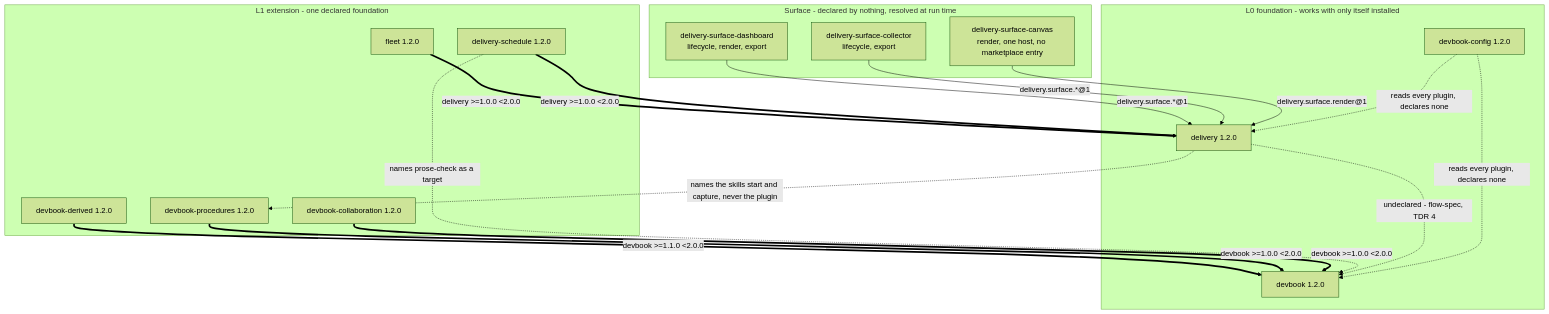
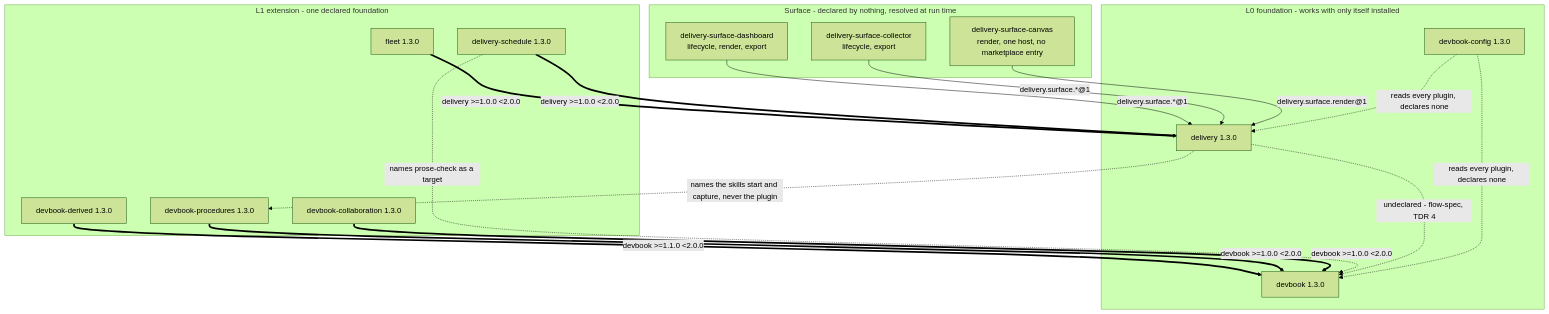
Before and after one commit to JSdotNet/devbook: the first of 3 diagrams in .devbook/arc42/05-building-block-view.md, drawn with Mermaid (forest theme). The commit also changed 24 other files, not shown here.

````diff
--- a/.devbook/arc42/05-building-block-view.md
+++ b/.devbook/arc42/05-building-block-view.md
@@ -28,38 +28,38 @@
 ```mermaid
 flowchart TB
     subgraph L0["L0 foundation - works with only itself installed"]
-        DEV["devbook 1.2.0"]
-        DEL["delivery 1.2.0"]
-        CFG["devbook-config 1.2.0"]
+        DEV["devbook 1.3.0"]
+        DEL["delivery 1.3.0"]
+        CFG["devbook-config 1.3.0"]
     end
 
     subgraph L1["L1 extension - one declared foundation"]
-        DBD["devbook-derived 1.2.0"]
-        DPR["devbook-procedures 1.2.0"]
-        DBC["devbook-collaboration 1.2.0"]
-        FLT["fleet 1.2.0"]
-        SCH["delivery-schedule 1.2.0"]
+        DBD["devbook-derived 1.3.0"]
+        DPR["devbook-procedures 1.3.0"]
+        DBC["devbook-collaboration 1.3.0"]
+        FLT["fleet 1.3.0"]
+        SCH["delivery-schedule 1.3.0"]
     end
 
     subgraph SURF["Surface - declared by nothing, resolved at run time"]
         SD["delivery-surface-dashboard<br/>lifecycle, render, export"]
         SL["delivery-surface-collector<br/>lifecycle, export"]
         SC["delivery-surface-canvas<br/>render, one host, no marketplace entry"]
     end
 
     DBD ==>|"devbook >=1.1.0 &lt;2.0.0"| DEV
     DPR ==>|"devbook >=1.0.0 &lt;2.0.0"| DEV
     DBC ==>|"devbook >=1.0.0 &lt;2.0.0"| DEV
     FLT ==>|"delivery >=1.0.0 &lt;2.0.0"| DEL
     SCH ==>|"delivery >=1.0.0 &lt;2.0.0"| DEL
 
     SD -->|"delivery.surface.*@1"| DEL
     SL -->|"delivery.surface.*@1"| DEL
     SC -->|"delivery.surface.render@1"| DEL
 
     SCH -.->|"names prose-check as a target"| DEV
     DEL -.->|"undeclared - flow-spec, TDR 4"| DEV
     DEL -.->|"names the skills start and capture, never the plugin"| DPR
     CFG -.->|"reads every plugin, declares none"| DEV
     CFG -.->|"reads every plugin, declares none"| DEL
 ```
````
